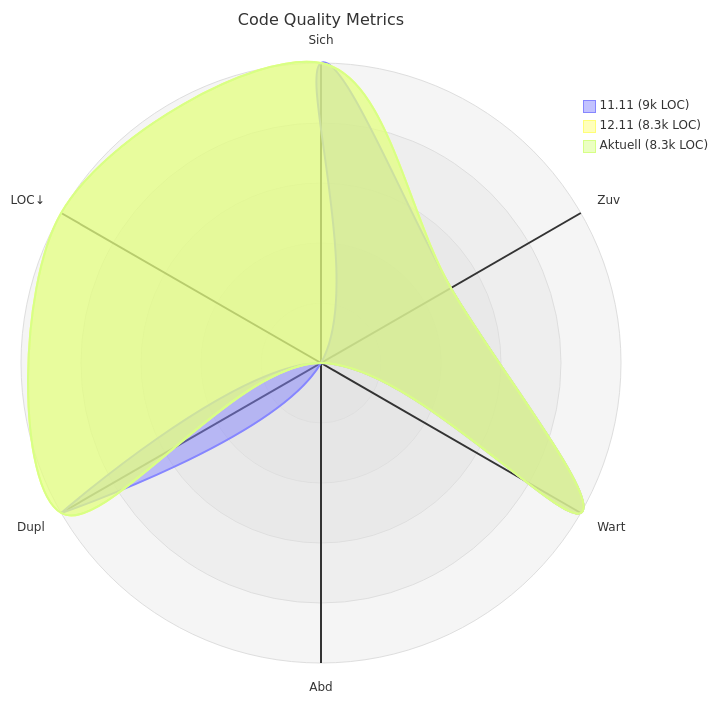
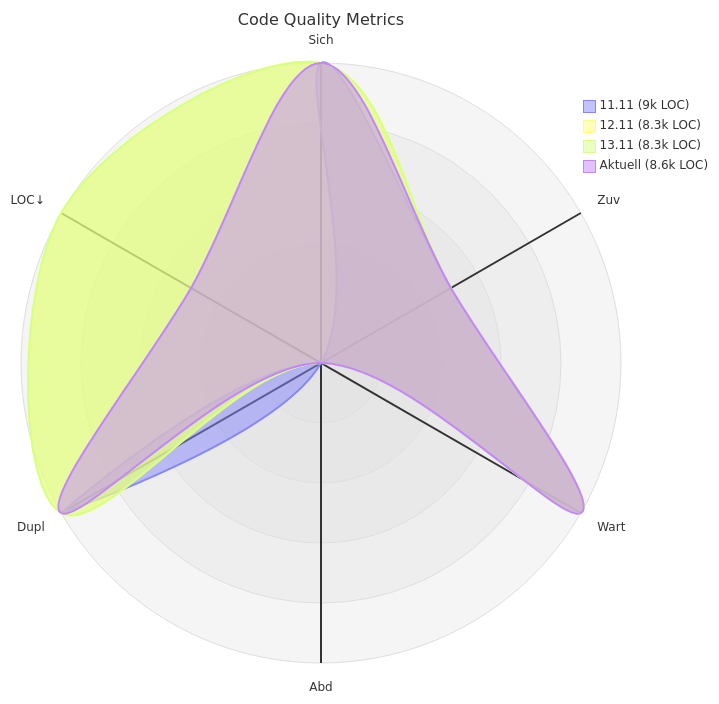
The diagram in codequality/report.md (merlinbecker/rabbitMistralScribe), drawn with Mermaid before and after one commit. The commit also changed other lines of this file, not shown here.

````diff
--- a/codequality/report.md
+++ b/codequality/report.md
@@ -5,12 +5,13 @@
 ```mermaid
 ---
 title: "Code Quality Metrics"
 ---
 radar-beta
   axis s["Sich"], r["Zuv"], m["Wart"], c["Abd"], d["Dupl"], l["LOC↓"]
   curve p_11_11_9k_LOC_["11.11 (9k LOC)"]{5, 3, 5, 0, 5, 1}
   curve p_12_11_8_3k_LOC_["12.11 (8.3k LOC)"]{5, 3, 5, 1, 5, 5}
-  curve p_Aktuell_8_3k_LOC_["Aktuell (8.3k LOC)"]{5, 3, 5, 1, 5, 5}
+  curve p_13_11_8_3k_LOC_["13.11 (8.3k LOC)"]{5, 3, 5, 1, 5, 5}
+  curve p_Aktuell_8_6k_LOC_["Aktuell (8.6k LOC)"]{5, 3, 5, 1, 5, 3}
   max 5
   min 1
 ```
````
